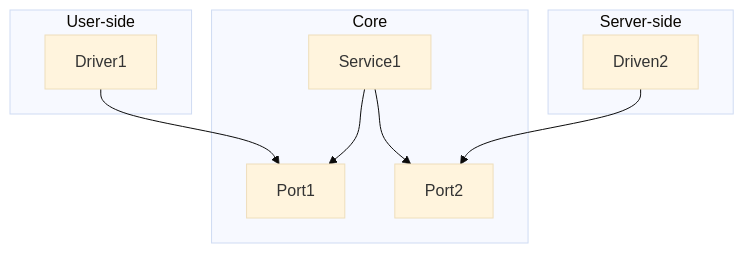
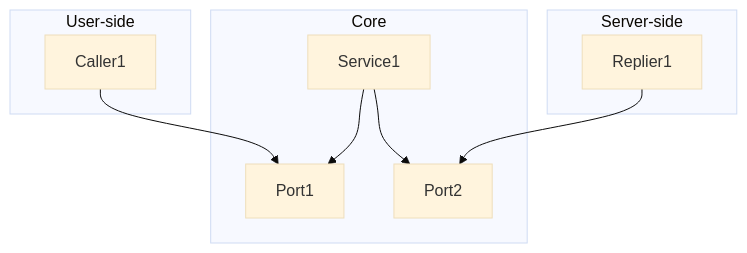
Before and after one commit to sximenez/2024-10-oct-hexagonal-pattern: the diagram in README.md, drawn with Mermaid (base theme). The commit also changed other lines of this file and 39 other files, not shown here.

````diff
--- a/README.md
+++ b/README.md
@@ -27,21 +27,21 @@
 ```mermaid
 graph TB
 
 subgraph Core
 Service1 --> Port1
 Service1 --> Port2
 end
 
 
 subgraph Server-side
-Driven2
+Replier1
 end
 
 
 subgraph User-side
-Driver1
+Caller1
 end
 
-Driven2 --> Port2 
-Driver1 --> Port1
+Replier1 --> Port2 
+Caller1 --> Port1
 ```
````
